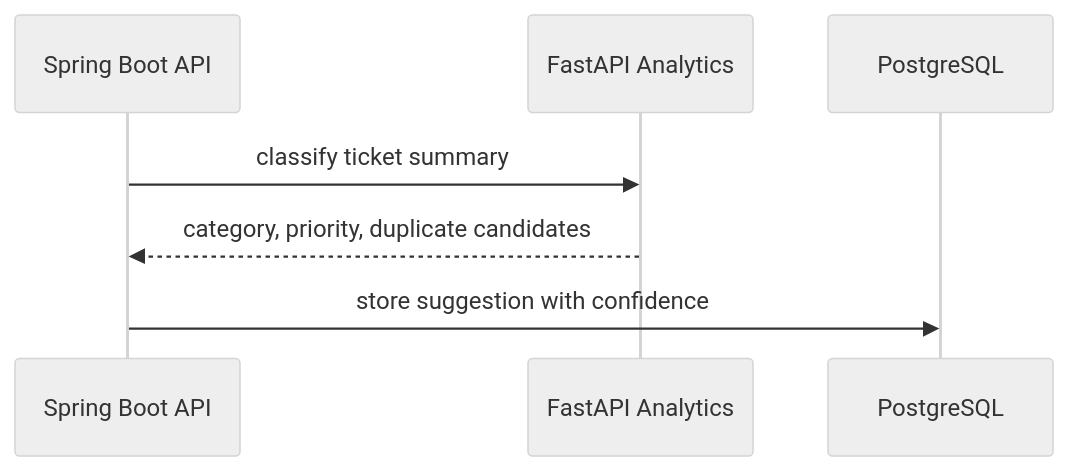
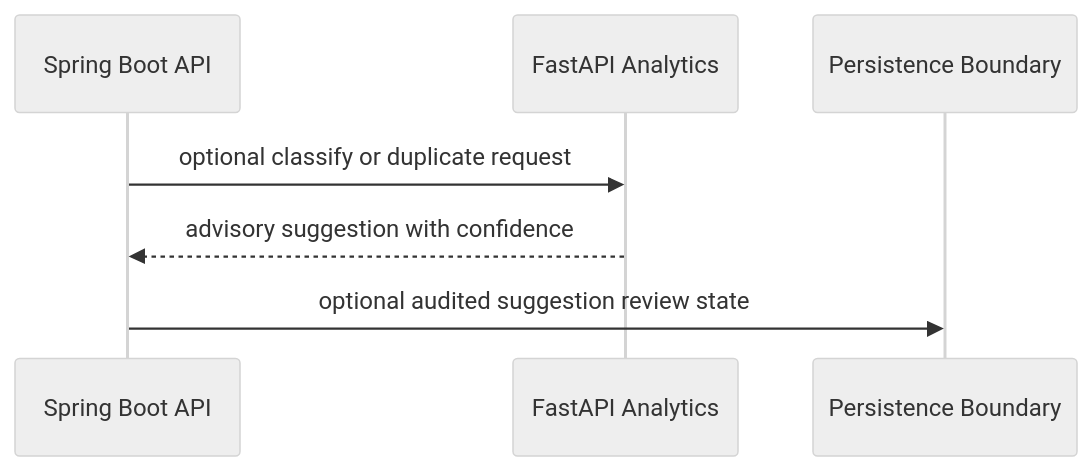
Before and after one commit to Winfred01/resolvehub-platform: the second of 2 diagrams in ARCHITECTURE.md, drawn with Mermaid (neutral theme). The commit also changed other lines of this file and 15 other files, not shown here.

Commit message:
feat: adopt portfolio-first v0.1 automation roadmap

````diff
--- a/ARCHITECTURE.md
+++ b/ARCHITECTURE.md
@@ -65,9 +112,9 @@
 ```mermaid
 sequenceDiagram
   participant API as Spring Boot API
-  participant ML as FastAPI Analytics
-  participant DB as PostgreSQL
-  API->>ML: classify ticket summary
-  ML-->>API: category, priority, duplicate candidates
-  API->>DB: store suggestion with confidence
+  participant Analytics as FastAPI Analytics
+  participant DB as Persistence Boundary
+  API->>Analytics: optional classify or duplicate request
+  Analytics-->>API: advisory suggestion with confidence
+  API->>DB: optional audited suggestion review state
 ```
````
